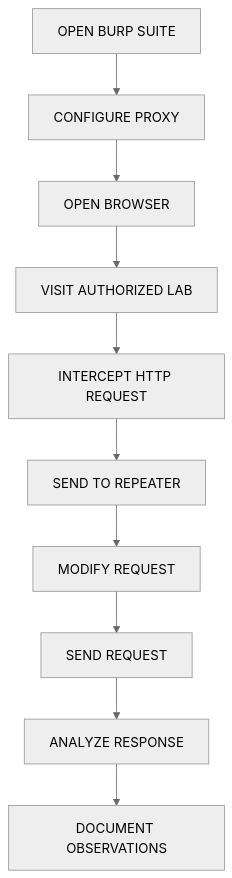
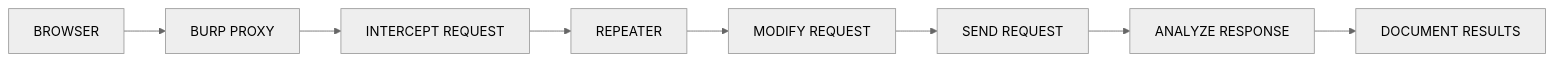
One commit to GhostMaskR/Web-Application-Basics changed the fourth of 5 diagrams in README.md. Above: the diagram before and after it, drawn with Mermaid (neutral theme). The commit also changed other lines of this file, not shown here.

````diff
--- a/README.md
+++ b/README.md
@@ -243,12 +257,10 @@
 ```mermaid
-flowchart TD
-    A["OPEN BURP SUITE"] --> B["CONFIGURE PROXY"]
-    B --> C["OPEN BROWSER"]
-    C --> D["VISIT AUTHORIZED LAB"]
-    D --> E["INTERCEPT HTTP REQUEST"]
-    E --> F["SEND TO REPEATER"]
-    F --> G["MODIFY REQUEST"]
-    G --> H["SEND REQUEST"]
-    H --> I["ANALYZE RESPONSE"]
-    I --> J["DOCUMENT OBSERVATIONS"]
+flowchart LR
+    A["BROWSER"] --> B["BURP PROXY"]
+    B --> C["INTERCEPT REQUEST"]
+    C --> D["REPEATER"]
+    D --> E["MODIFY REQUEST"]
+    E --> F["SEND REQUEST"]
+    F --> G["ANALYZE RESPONSE"]
+    G --> H["DOCUMENT RESULTS"]
 ```
````
